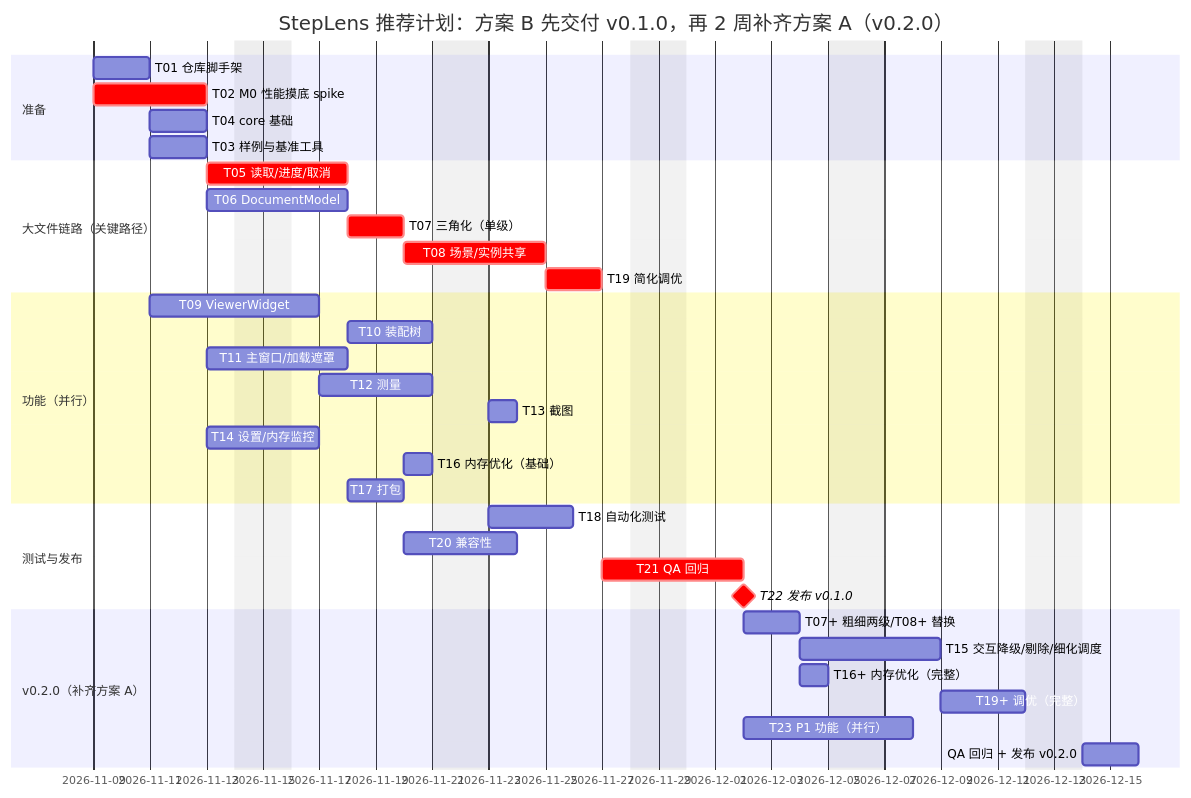
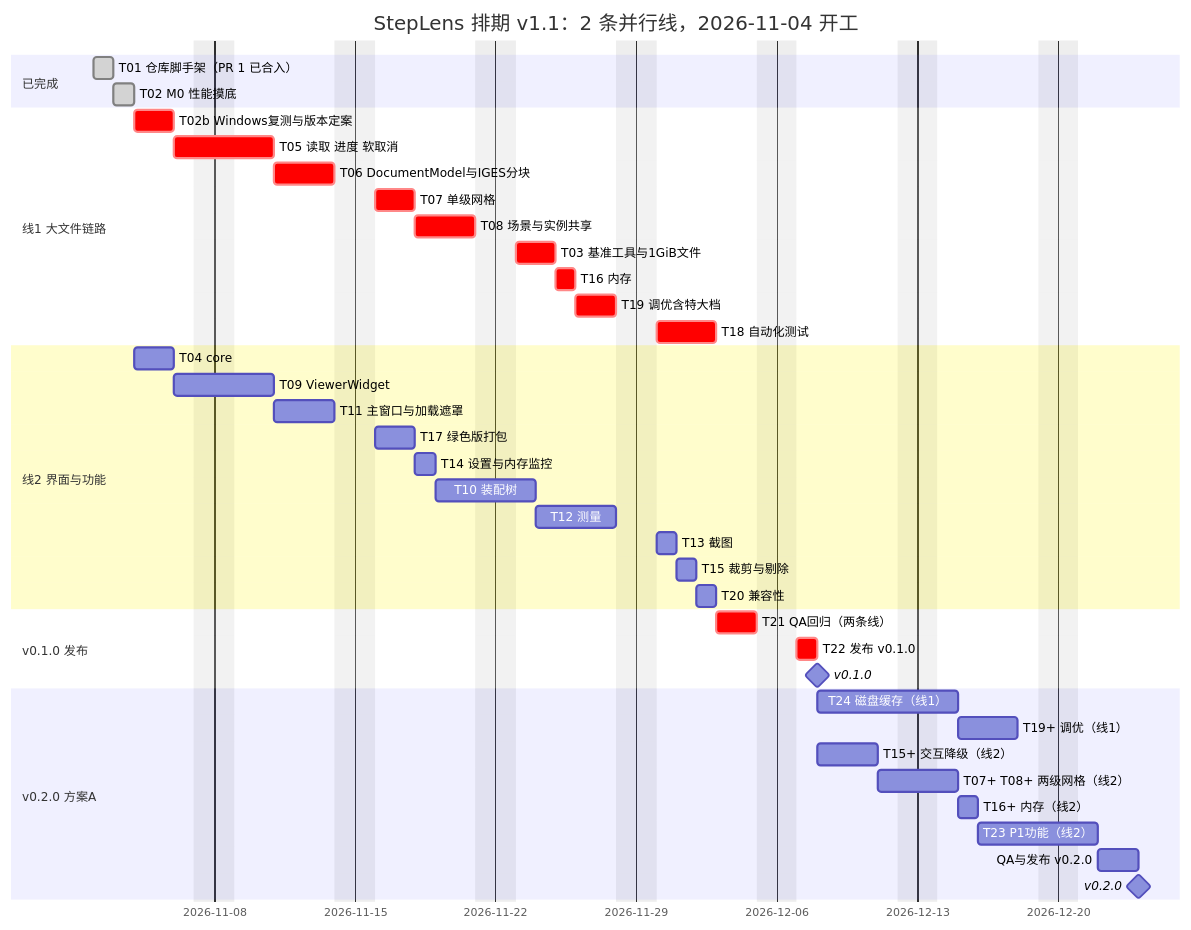
Before and after one commit to gdTang123/StepLens: the fourth of 4 diagrams in docs/design/step-viewer-architecture.md, drawn with Mermaid. The commit also changed other lines of this file and 25 other files, not shown here.

````diff
--- a/docs/design/step-viewer-architecture.md
+++ b/docs/design/step-viewer-architecture.md
@@ -1219,38 +1382,43 @@
 ```mermaid
 gantt
-    title StepLens 推荐计划：方案 B 先交付 v0.1.0，再 2 周补齐方案 A（v0.2.0）
+    title StepLens 排期 v1.1：2 条并行线，2026-11-04 开工
     dateFormat  YYYY-MM-DD
     excludes    weekends
-    section 准备
-    T01 仓库脚手架            :t01, 2026-11-09, 2d
-    T02 M0 性能摸底 spike      :crit, t02, 2026-11-09, 4d
-    T04 core 基础              :t04, after t01, 2d
-    T03 样例与基准工具         :t03, after t01, 2d
-    section 大文件链路（关键路径）
-    T05 读取/进度/取消          :crit, t05, after t02, 3d
-    T06 DocumentModel           :t06, after t02, 3d
-    T07 三角化（单级）          :crit, t07, after t05, 2d
-    T08 场景/实例共享           :crit, t08, after t07, 3d
-    T19 简化调优               :crit, t19, after t08, 2d
-    section 功能（并行）
-    T09 ViewerWidget            :t09, after t01, 4d
-    T10 装配树                  :t10, after t06, 3d
-    T11 主窗口/加载遮罩         :t11, after t04, 3d
-    T12 测量                    :t12, after t09, 4d
-    T13 截图                    :t13, after t12, 1d
-    T14 设置/内存监控           :t14, after t04, 2d
-    T16 内存优化（基础）        :t16, after t07, 1d
-    T17 打包                    :t17, after t11, 2d
-    section 测试与发布
-    T18 自动化测试              :t18, after t10, 3d
-    T20 兼容性                  :t20, after t17, 2d
-    T21 QA 回归                 :crit, t21, after t19, 3d
-    T22 发布 v0.1.0             :milestone, crit, m4, after t21, 0d
-    section v0.2.0（补齐方案 A）
-    T07+ 粗细两级/T08+ 替换     :v1, after t21, 2d
-    T15 交互降级/剔除/细化调度   :v2, after v1, 3d
-    T16+ 内存优化（完整）       :v3, after v1, 1d
-    T19+ 调优（完整）           :v4, after v2, 3d
-    T23 P1 功能（并行）         :v5, after t21, 4d
-    QA 回归 + 发布 v0.2.0       :v6, after v4, 2d
+    section 已完成
+    T01 仓库脚手架（PR 1 已合入）  :done, t01, 2026-11-02, 1d
+    T02 M0 性能摸底               :done, t02, 2026-11-03, 1d
+    section 线1 大文件链路
+    T02b Windows复测与版本定案    :crit, t02b, 2026-11-04, 2d
+    T05 读取 进度 软取消          :crit, t05, after t02b, 3d
+    T06 DocumentModel与IGES分块   :crit, t06, after t05, 3d
+    T07 单级网格                  :crit, t07, after t06, 2d
+    T08 场景与实例共享            :crit, t08, after t07, 3d
+    T03 基准工具与1GiB文件        :crit, t03, after t08, 2d
+    T16 内存                      :crit, t16, after t03, 1d
+    T19 调优含特大档              :crit, t19, after t16, 2d
+    T18 自动化测试                :crit, t18, after t19, 3d
+    section 线2 界面与功能
+    T04 core                      :t04, 2026-11-04, 2d
+    T09 ViewerWidget              :t09, after t04, 3d
+    T11 主窗口与加载遮罩          :t11, after t09, 3d
+    T17 绿色版打包                :t17, after t11, 2d
+    T14 设置与内存监控            :t14, after t17, 1d
+    T10 装配树                    :t10, after t14, 3d
+    T12 测量                      :t12, after t10, 4d
+    T13 截图                      :t13, after t12, 1d
+    T15 裁剪与剔除                :t15, after t13, 1d
+    T20 兼容性                    :t20, after t15, 1d
+    section v0.1.0 发布
+    T21 QA回归（两条线）          :crit, t21, after t18 t20, 2d
+    T22 发布 v0.1.0               :crit, t22, after t21, 1d
+    v0.1.0                        :milestone, m4, after t22, 0d
+    section v0.2.0 方案A
+    T24 磁盘缓存（线1）           :t24, after t22, 5d
+    T19+ 调优（线1）              :t19p, after t24, 3d
+    T15+ 交互降级（线2）          :t15p, after t22, 3d
+    T07+ T08+ 两级网格（线2）     :t78p, after t15p, 2d
+    T16+ 内存（线2）              :t16p, after t78p, 1d
+    T23 P1功能（线2）             :t23, after t16p, 4d
+    QA与发布 v0.2.0               :qa2, after t19p t23, 2d
+    v0.2.0                        :milestone, m5, after qa2, 0d
 ```
````
